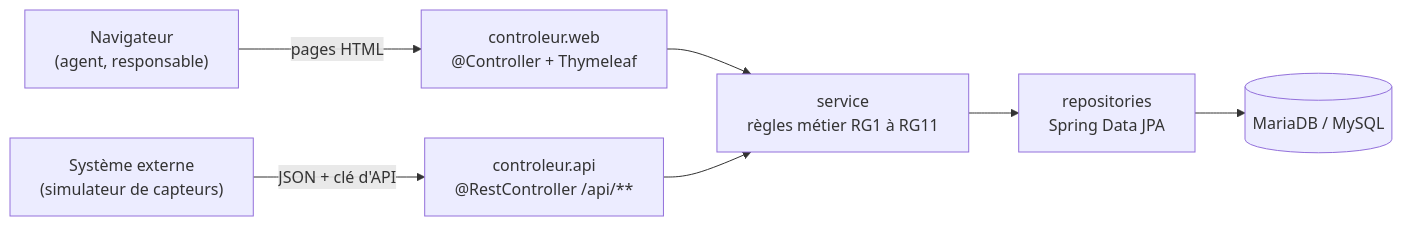
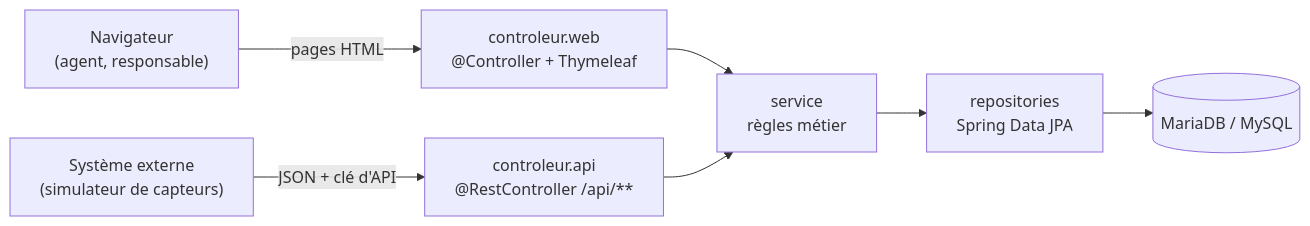
One commit to ibrahimghellab/Downlyzer changed the first of 2 diagrams in journal.md. Above: the diagram before and after it, drawn with Mermaid. The commit also changed other lines of this file and 21 other files, not shown here.

````diff
--- a/journal.md
+++ b/journal.md
@@ -116,9 +100,9 @@
 ```mermaid
 flowchart LR
     Navigateur["Navigateur<br/>(agent, responsable)"] -->|pages HTML| Web["controleur.web<br/>@Controller + Thymeleaf"]
     Externe["Système externe<br/>(simulateur de capteurs)"] -->|JSON + clé d'API| Api["controleur.api<br/>@RestController /api/**"]
-    Web --> Service["service<br/>règles métier RG1 à RG11"]
+    Web --> Service["service<br/>règles métier"]
     Api --> Service
     Service --> Repository["repositories<br/>Spring Data JPA"]
     Repository --> BDD[("MariaDB / MySQL")]
 ```
````
